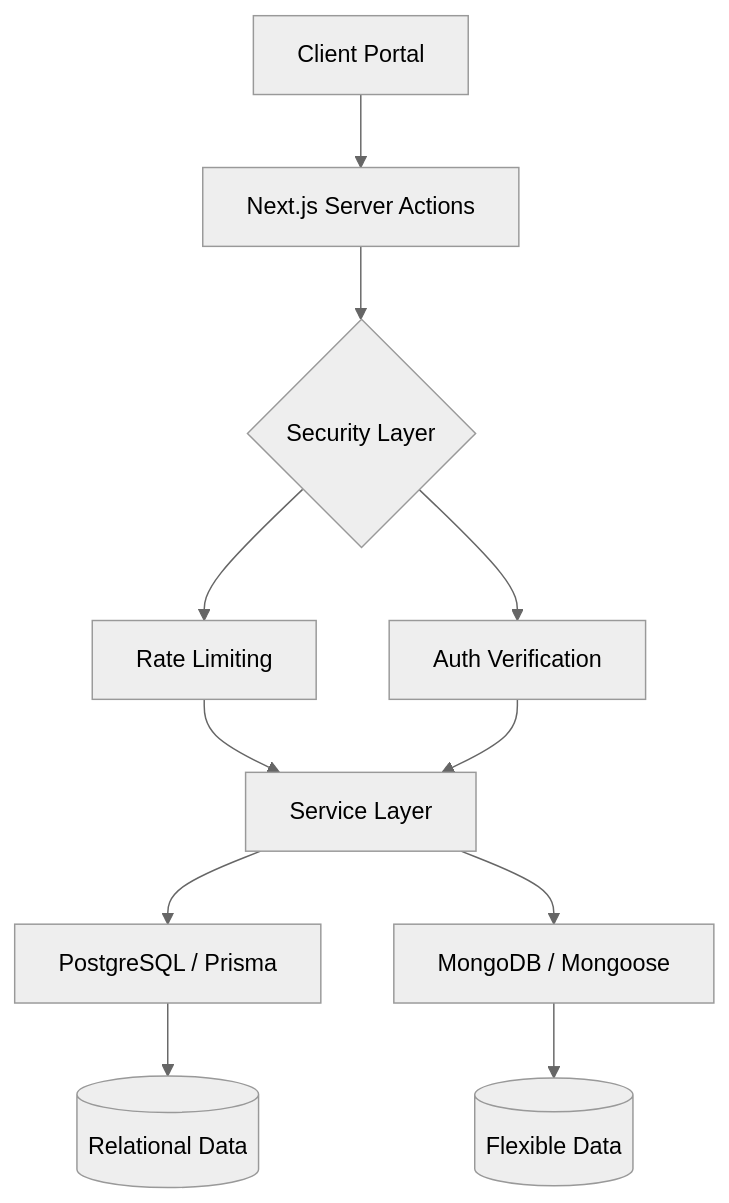
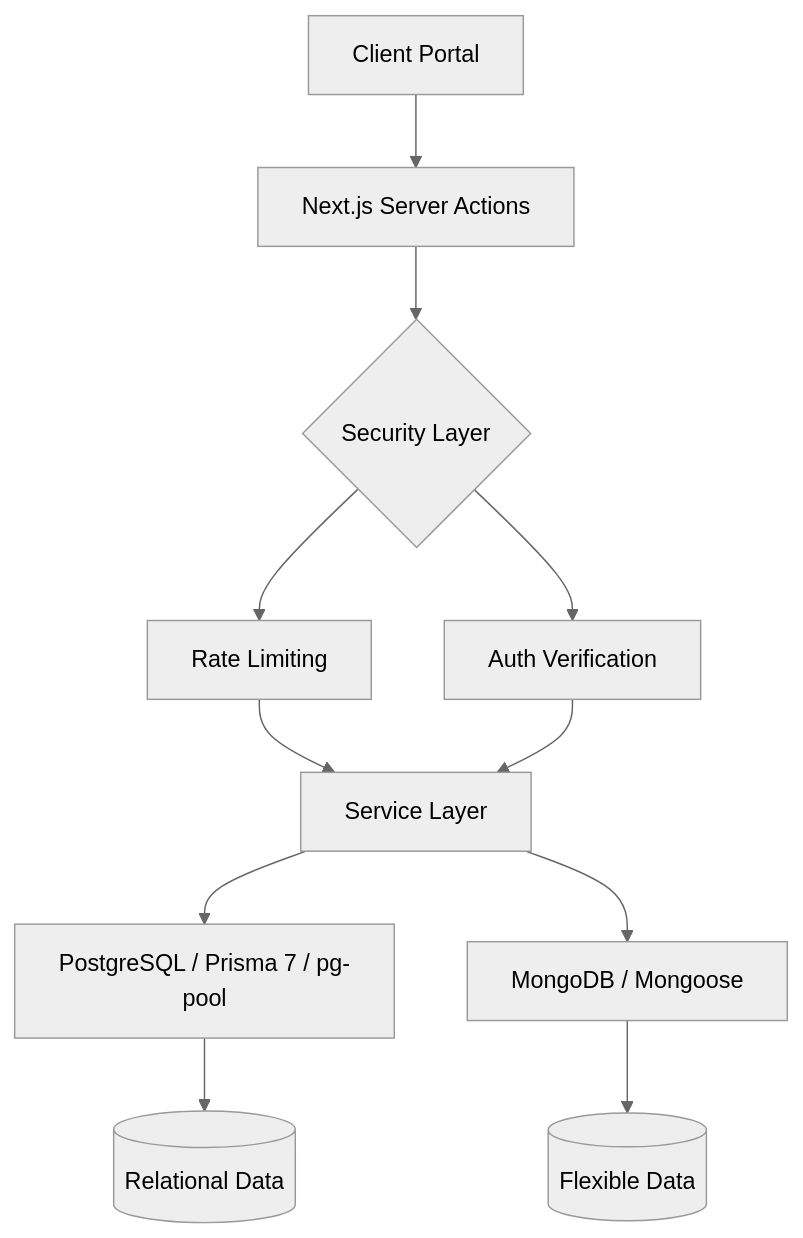
The diagram in web-dashboard/docs/milestones/2026-01-27-infrastructure-setup.md (muneeb2004/MeritGrid), drawn with Mermaid (neutral theme) before and after one commit. The commit also changed other lines of this file and 6 other files, not shown here.

````diff
--- a/web-dashboard/docs/milestones/2026-01-27-infrastructure-setup.md
+++ b/web-dashboard/docs/milestones/2026-01-27-infrastructure-setup.md
@@ -21,13 +21,13 @@
 ```mermaid
 graph TD
     A[Client Portal] --> B[Next.js Server Actions]
     B --> C{Security Layer}
     C --> D[Rate Limiting]
     C --> E[Auth Verification]
     D --> F[Service Layer]
     E --> F
-    F --> G[PostgreSQL / Prisma]
+    F --> G[PostgreSQL / Prisma 7 / pg-pool]
     F --> H[MongoDB / Mongoose]
     G --> I[(Relational Data)]
     H --> J[(Flexible Data)]
 ```
````
